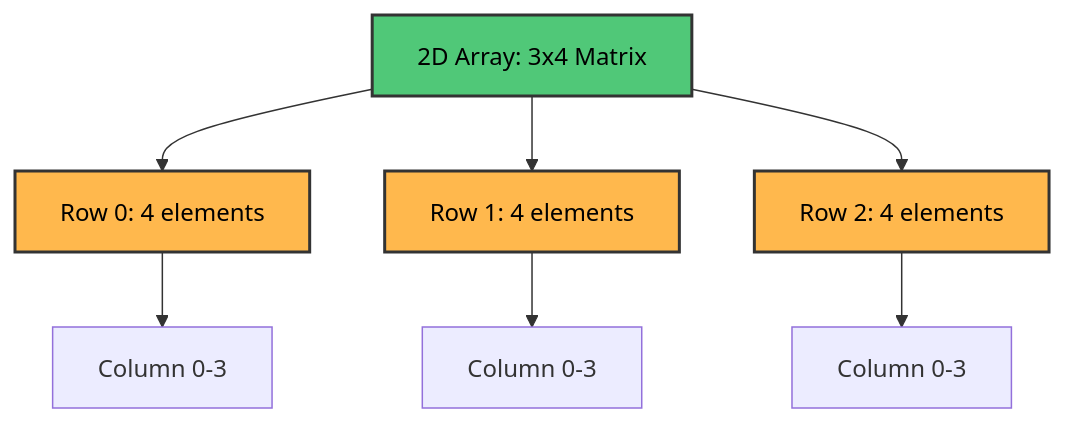
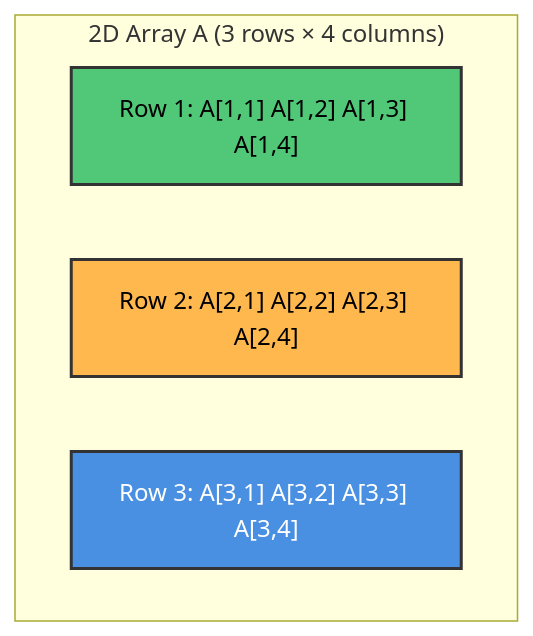
Diagram 27 of 39 in Chapter 4 - Arrays, Records and Pointers/README.md (M-F-Tushar/CSE-2101-Data-Structure), drawn with Mermaid before and after one commit. The commit also changed other lines of this file, not shown here.

````diff
--- a/Chapter 4 - Arrays, Records and Pointers/README.md
+++ b/Chapter 4 - Arrays, Records and Pointers/README.md
@@ -1293,15 +957,12 @@
 ```mermaid
 graph TD
-    A[2D Array: 3x4 Matrix] --> B[Row 0: 4 elements]
-    A --> C[Row 1: 4 elements]
-    A --> D[Row 2: 4 elements]
+    subgraph "2D Array A (3 rows × 4 columns)"
+        R1["Row 1: A[1,1] A[1,2] A[1,3] A[1,4]"]
+        R2["Row 2: A[2,1] A[2,2] A[2,3] A[2,4]"]
+        R3["Row 3: A[3,1] A[3,2] A[3,3] A[3,4]"]
+    end
     
-    B --> E[Column 0-3]
-    C --> F[Column 0-3]
-    D --> G[Column 0-3]
-    
-    style A fill:#50C878,stroke:#333,stroke-width:2px,color:#000
-    style B fill:#FFB84D,stroke:#333,stroke-width:2px,color:#000
-    style C fill:#FFB84D,stroke:#333,stroke-width:2px,color:#000
-    style D fill:#FFB84D,stroke:#333,stroke-width:2px,color:#000
+    style R1 fill:#50C878,stroke:#333,stroke-width:2px,color:#000
+    style R2 fill:#FFB84D,stroke:#333,stroke-width:2px,color:#000
+    style R3 fill:#4A90E2,stroke:#333,stroke-width:2px,color:#fff
 ```
````
